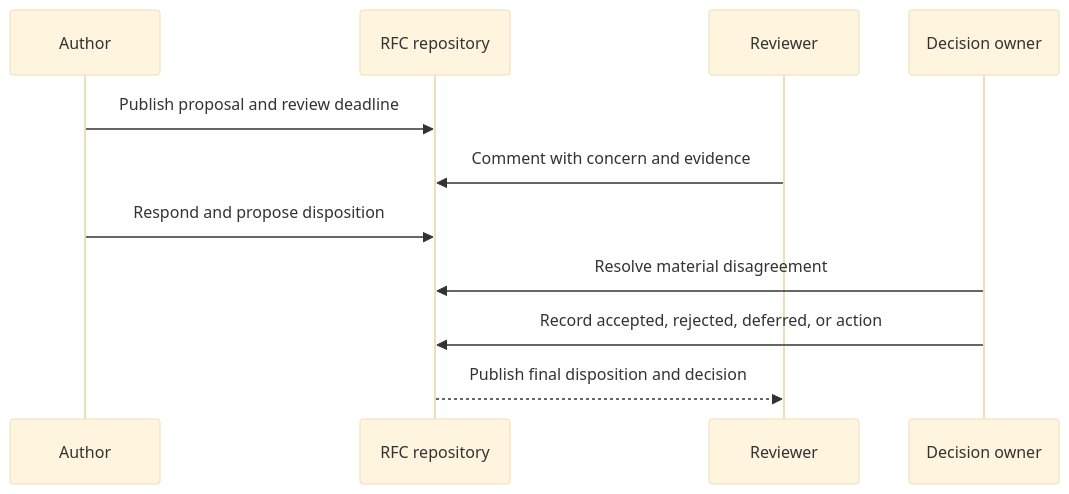
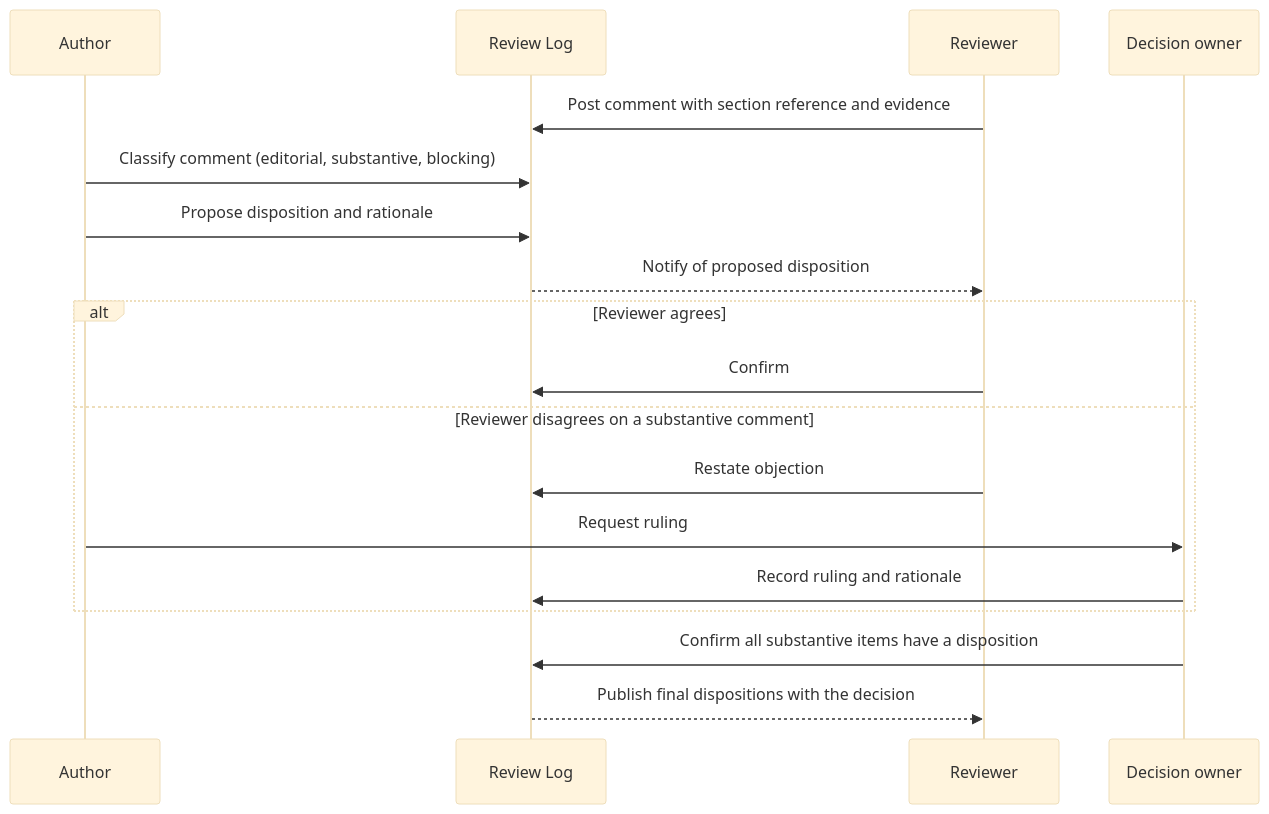
Before and after one commit to joydasss/Architect: the fourth of 10 diagrams in 21_Architecture_Documentation/CH04_RFC_Request_for_Comments.md, drawn with Mermaid (base theme). The commit also changed other lines of this file and 22 other files, not shown here.

Commit message:
Architecture changes

````diff
--- a/21_Architecture_Documentation/CH04_RFC_Request_for_Comments.md
+++ b/21_Architecture_Documentation/CH04_RFC_Request_for_Comments.md
@@ -28,13 +337,20 @@
 ```mermaid
 sequenceDiagram
-    participant Author
-    participant RFC as RFC repository
-    participant Reviewer
-    participant Owner as Decision owner
-    Author->>RFC: Publish proposal and review deadline
-    Reviewer->>RFC: Comment with concern and evidence
-    Author->>RFC: Respond and propose disposition
-    Owner->>RFC: Resolve material disagreement
-    Owner->>RFC: Record accepted, rejected, deferred, or action
-    RFC-->>Reviewer: Publish final disposition and decision
+    participant A as Author
+    participant L as Review Log
+    participant R as Reviewer
+    participant O as Decision owner
+    R->>L: Post comment with section reference and evidence
+    A->>L: Classify comment (editorial, substantive, blocking)
+    A->>L: Propose disposition and rationale
+    L-->>R: Notify of proposed disposition
+    alt Reviewer agrees
+        R->>L: Confirm
+    else Reviewer disagrees on a substantive comment
+        R->>L: Restate objection
+        A->>O: Request ruling
+        O->>L: Record ruling and rationale
+    end
+    O->>L: Confirm all substantive items have a disposition
+    L-->>R: Publish final dispositions with the decision
 ```
````
